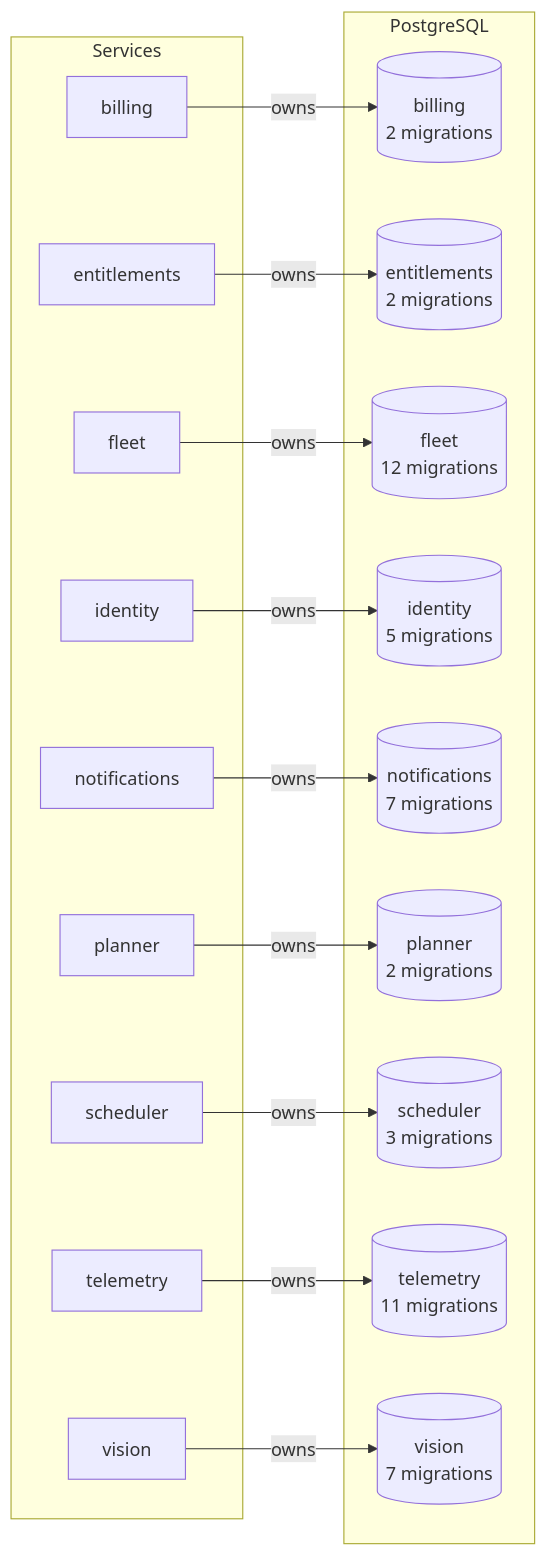
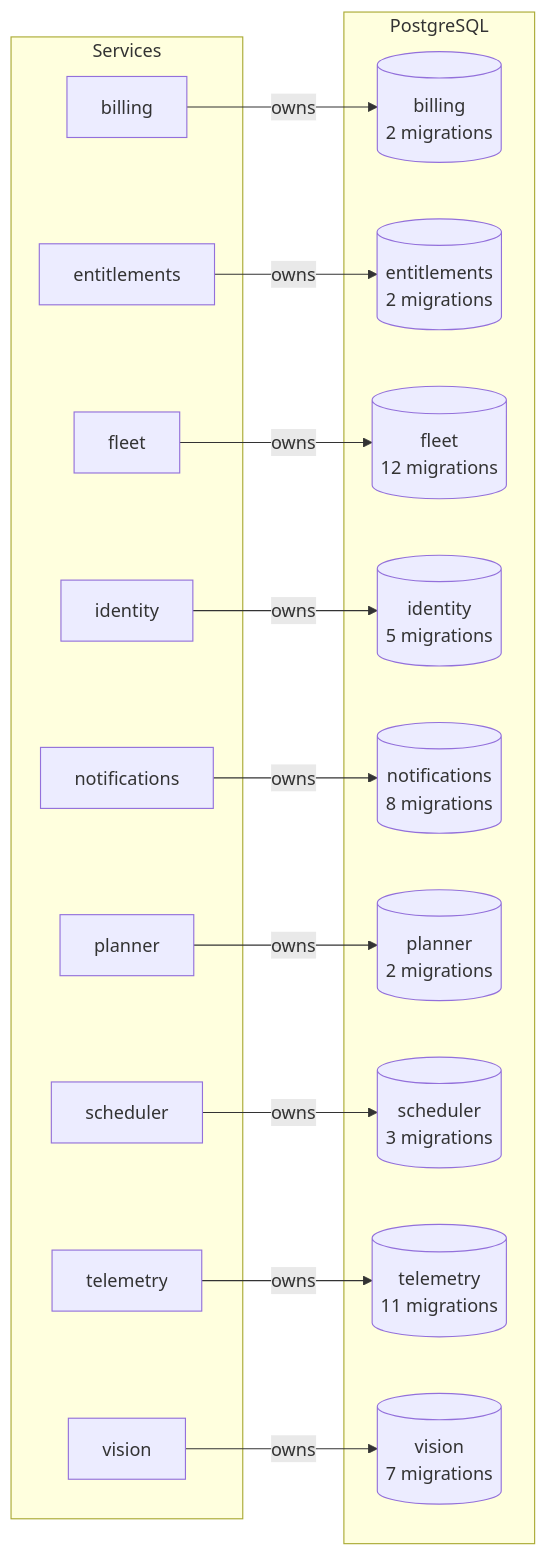
Before and after one commit to lukislp/mowdeck: diagram 15 of 15 in docs/architecture/generated.md, drawn with Mermaid. The commit also changed 21 other files, not shown here.

````diff
--- a/docs/architecture/generated.md
+++ b/docs/architecture/generated.md
@@ -517,34 +517,34 @@
 ```mermaid
 flowchart LR
   subgraph apps[Services]
     billing["billing"]
     entitlements["entitlements"]
     fleet["fleet"]
     identity["identity"]
     notifications["notifications"]
     planner["planner"]
     scheduler["scheduler"]
     telemetry["telemetry"]
     vision["vision"]
   end
   subgraph pg[PostgreSQL]
     db_billing[("billing<br/>2 migrations")]
     db_entitlements[("entitlements<br/>2 migrations")]
     db_fleet[("fleet<br/>12 migrations")]
     db_identity[("identity<br/>5 migrations")]
-    db_notifications[("notifications<br/>7 migrations")]
+    db_notifications[("notifications<br/>8 migrations")]
     db_planner[("planner<br/>2 migrations")]
     db_scheduler[("scheduler<br/>3 migrations")]
     db_telemetry[("telemetry<br/>11 migrations")]
     db_vision[("vision<br/>7 migrations")]
   end
   billing -->|owns| db_billing
   entitlements -->|owns| db_entitlements
   fleet -->|owns| db_fleet
   identity -->|owns| db_identity
   notifications -->|owns| db_notifications
   planner -->|owns| db_planner
   scheduler -->|owns| db_scheduler
   telemetry -->|owns| db_telemetry
   vision -->|owns| db_vision
 ```
````
